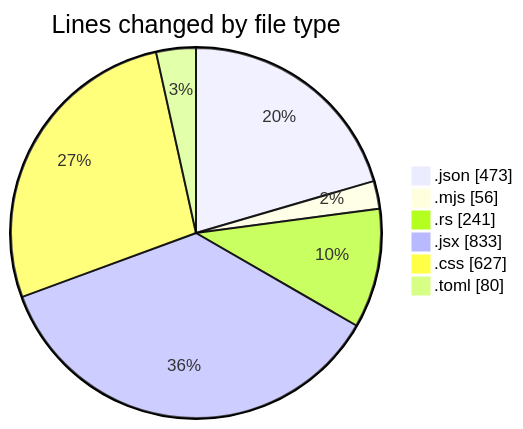
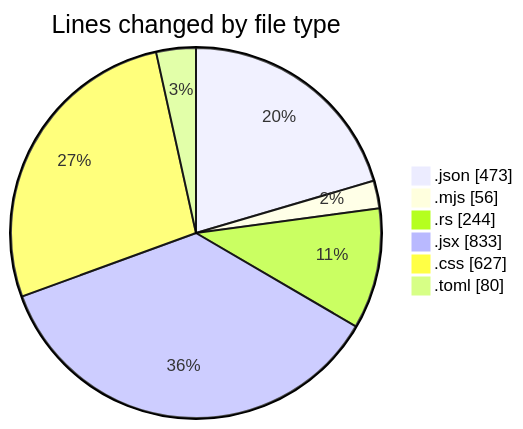
The first of 2 diagrams in 2025-01-28/trollerboard/README.md (charlie-sans/code-tracking), drawn with Mermaid before and after one commit. The commit also changed other lines of this file and 1 other file, not shown here.

````diff
--- a/2025-01-28/trollerboard/README.md
+++ b/2025-01-28/trollerboard/README.md
@@ -30,10 +30,10 @@
 ```mermaid
 pie showData
 title Lines changed by file type
 ".json" : 473
 ".mjs" : 56
-".rs" : 241
+".rs" : 244
 ".jsx" : 833
 ".css" : 627
 ".toml" : 80
 ```
````
